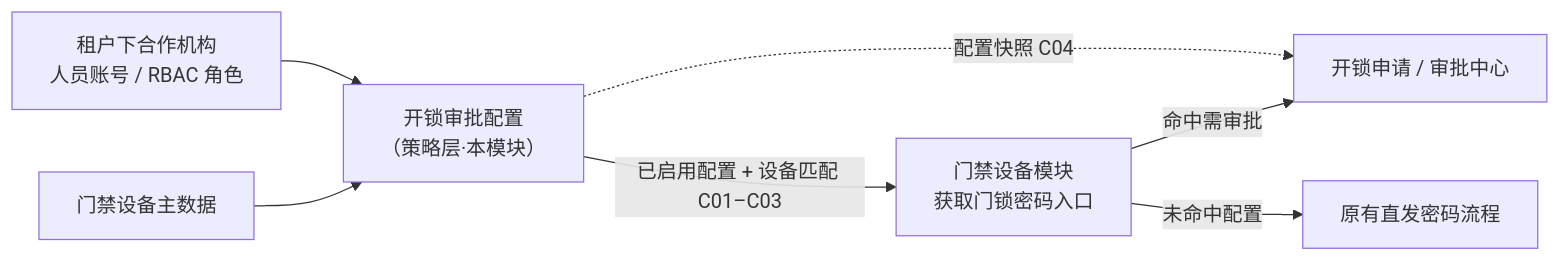
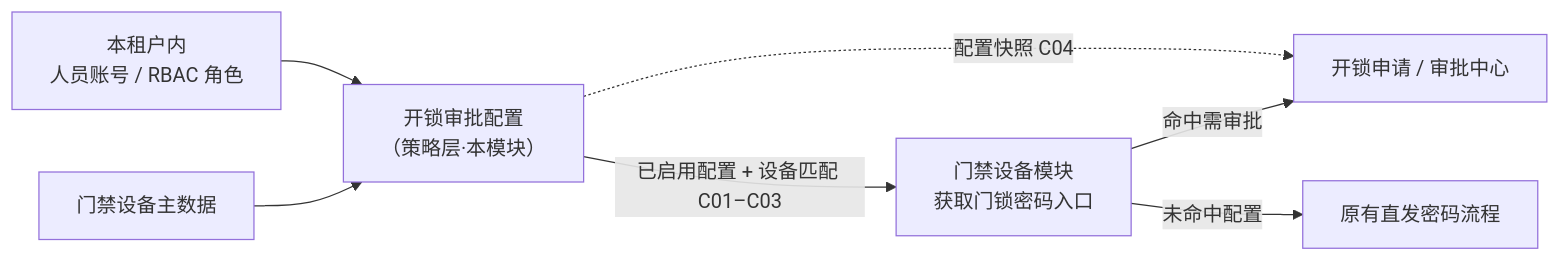
One commit to RobertHuang999/SYZC changed the first of 2 diagrams in 02-PRD文档/B-迭代需求/6.2版本（2026.08）/06-门禁开锁审批/01-审批配置/门禁开锁审批配置主PRD.md. Above: the diagram before and after it, drawn with Mermaid. The commit also changed other lines of this file and 40 other files, not shown here.

````diff
--- a/02-PRD文档/B-迭代需求/6.2版本（2026.08）/06-门禁开锁审批/01-审批配置/门禁开锁审批配置主PRD.md
+++ b/02-PRD文档/B-迭代需求/6.2版本（2026.08）/06-门禁开锁审批/01-审批配置/门禁开锁审批配置主PRD.md
@@ -50,9 +50,9 @@
 ```mermaid
 flowchart LR
     A["门禁设备主数据"] --> B["开锁审批配置<br/>（策略层·本模块）"]
-    C["租户下合作机构<br/>人员账号 / RBAC 角色"] --> B
+    C["本租户内<br/>人员账号 / RBAC 角色"] --> B
     B -->|"已启用配置 + 设备匹配 C01–C03"| D["门禁设备模块<br/>获取门锁密码入口"]
     D -->|"命中需审批"| E["开锁申请 / 审批中心"]
     D -->|"未命中配置"| F["原有直发密码流程"]
     B -.->|"配置快照 C04"| E
 ```
````
